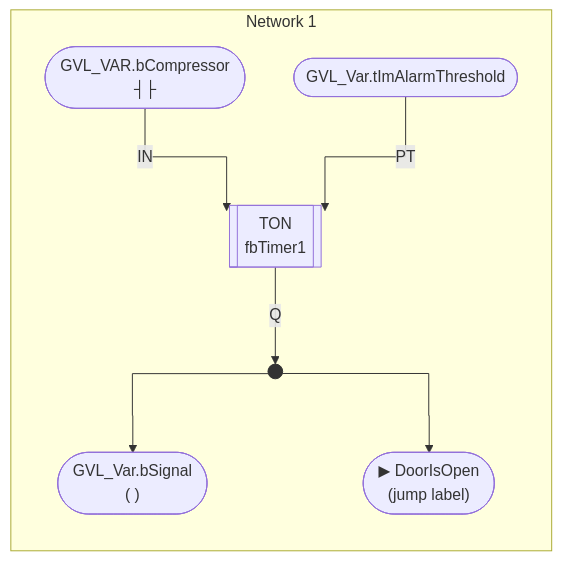
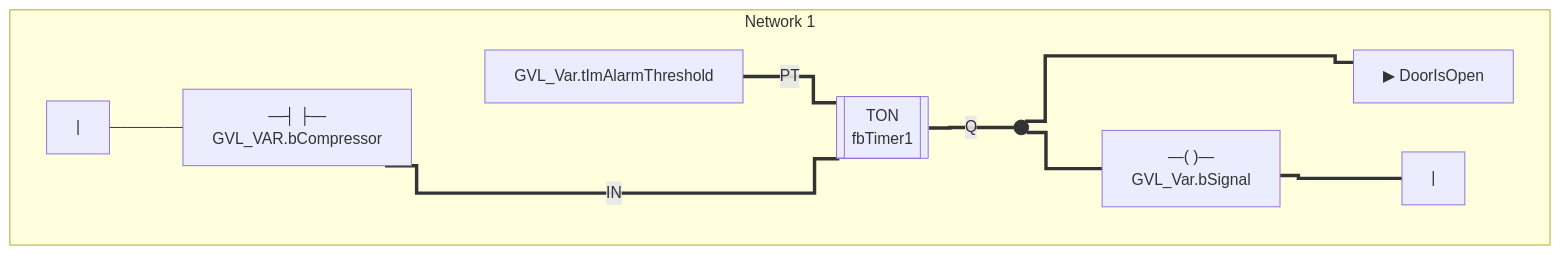
Before and after one commit to crissoll/pou2md: the second of 4 diagrams in tests/output/Signals.md, drawn with Mermaid. The commit also changed other lines of this file and 6 other files, not shown here.

````diff
--- a/tests/output/Signals.md
+++ b/tests/output/Signals.md
@@ -21,32 +21,39 @@
 ```mermaid
-%%{ init: { 'flowchart': { 'curve': 'stepAfter' } } }%%
+%%{ init: { 'flowchart': { 'curve': 'step' } } }%%
 flowchart LR
     subgraph Network_1 [" Network 1 "]
-        %% --- Contacts (inputs) ---
-        N1_bCompressor(["GVL_VAR.bCompressor
-        ┤├"])
-        N1_tImAlarmThreshold(["GVL_Var.tImAlarmThreshold"])
+        direction LR
+        %% --- Power Rails ---
+        N1_L["|"]
+        N1_R["|"]
+
+        %% --- Contacts ---
+        N1_bCompressor["—┤ ├—<br/>GVL_VAR.bCompressor"]
+        N1_tImAlarmThreshold["GVL_Var.tImAlarmThreshold"]
 
         %% --- Function Blocks ---
-        N1_TON[["TON
-        fbTimer1"]]
+        N1_TON[["TON<br/>fbTimer1"]]
 
         %% --- Bifurcation Junctions ---
         J_N1_TON_Q(( )):::junction
 
-        %% --- Coils / Outputs ---
-        N1_bSignal(["GVL_Var.bSignal
-        ( )"])
-        N1_DoorIsOpen(["▶ DoorIsOpen
-        (jump label)"])
+        %% --- Coils / Jumps ---
+        N1_bSignal["—( )—<br/>GVL_Var.bSignal"]
+        N1_DoorIsOpen["▶ DoorIsOpen"]
 
-        %% --- Wiring ---
-        N1_bCompressor -- "IN" --> N1_TON
-        N1_tImAlarmThreshold -- "PT" --> N1_TON
-        N1_TON -- "Q" --> J_N1_TON_Q
-        J_N1_TON_Q --> N1_bSignal
-        J_N1_TON_Q --> N1_DoorIsOpen
+        %% --- Vertical Rank Alignment ---
+        N1_bCompressor ~~~ N1_tImAlarmThreshold
+        N1_bSignal ~~~ N1_DoorIsOpen
+
+        %% --- Continuity ---
+        N1_L --- N1_bCompressor
+        N1_bCompressor ===|"IN"| N1_TON
+        N1_tImAlarmThreshold ===|"PT"| N1_TON
+        N1_TON ===|"Q"| J_N1_TON_Q
+        J_N1_TON_Q === N1_bSignal
+        J_N1_TON_Q === N1_DoorIsOpen
+        N1_bSignal === N1_R
 
         classDef junction fill:#333,stroke:#333,width:6px,height:6px
     end
 ```
````
